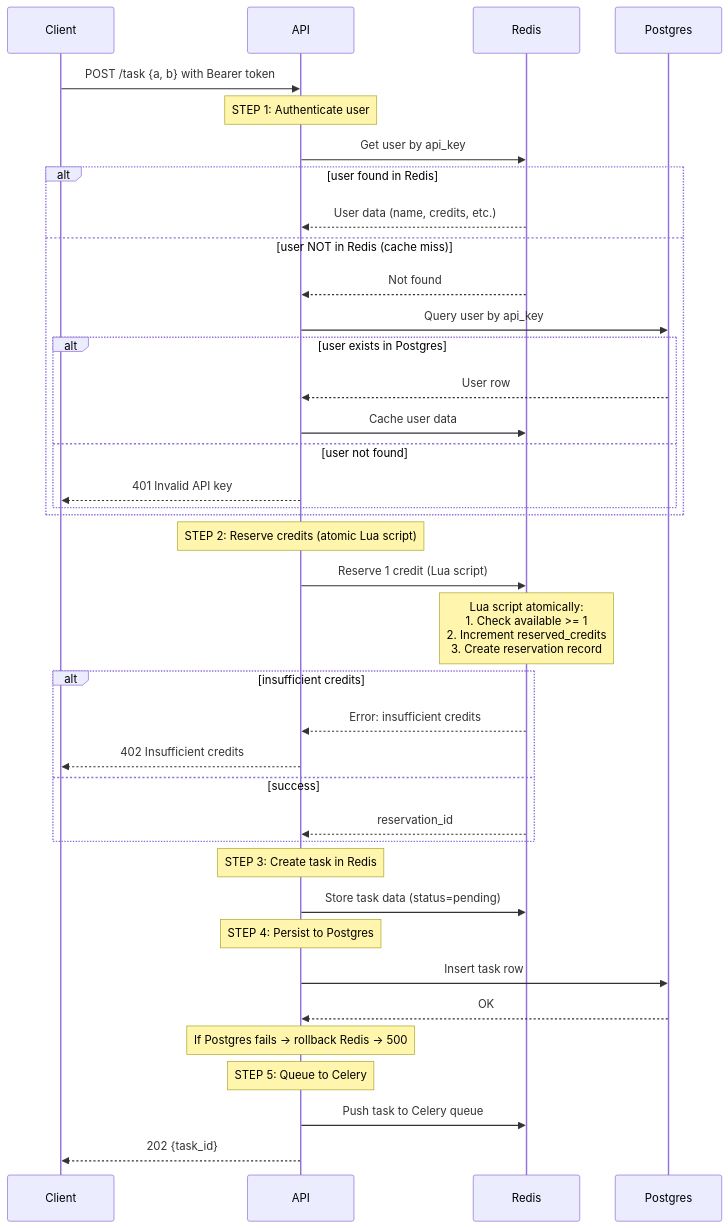
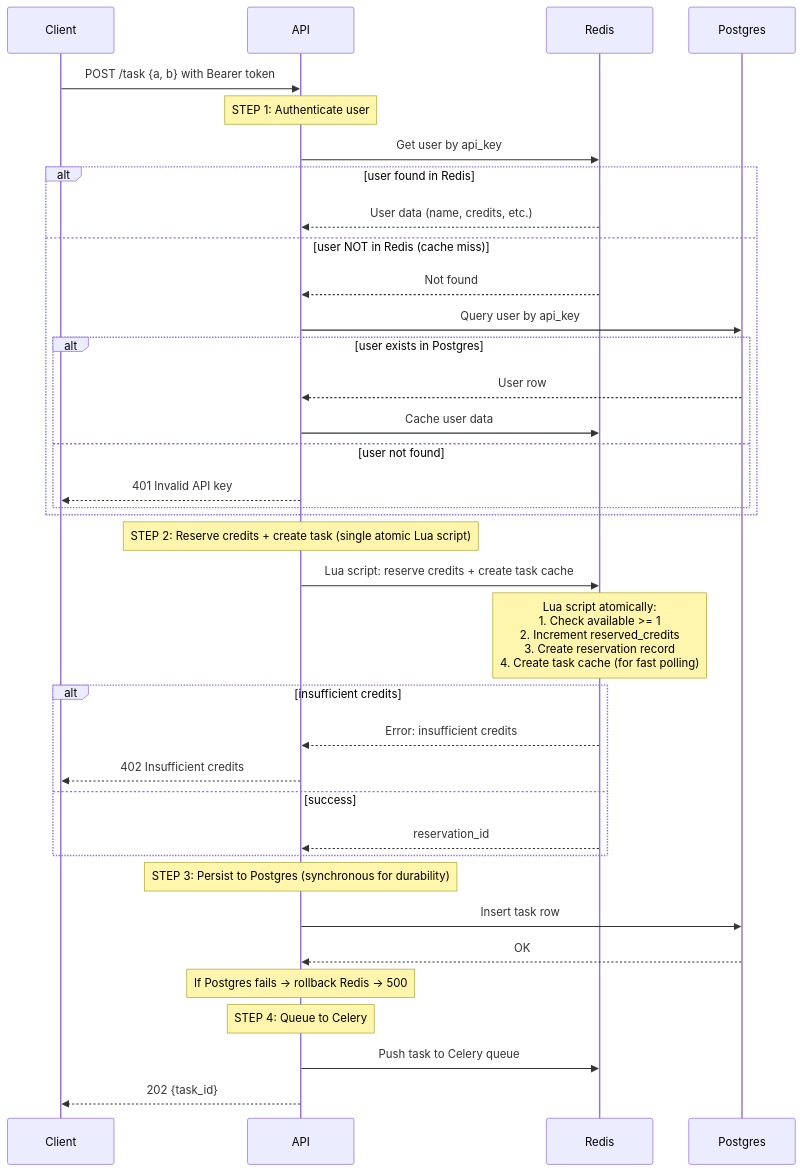
Before and after one commit to aregmii/celery-api-quickstart: the first of 4 diagrams in README.md, drawn with Mermaid. The commit also changed other lines of this file and 2 other files, not shown here.

Commit message:
optimizations and update sequence diagram

````diff
--- a/README.md
+++ b/README.md
@@ -184,56 +184,52 @@
 ```mermaid
 sequenceDiagram
     participant Client
     participant API
     participant Redis
     participant Postgres
 
     Client->>API: POST /task {a, b} with Bearer token
 
     Note over API: STEP 1: Authenticate user
 
     API->>Redis: Get user by api_key
 
     alt user found in Redis
         Redis-->>API: User data (name, credits, etc.)
     else user NOT in Redis (cache miss)
         Redis-->>API: Not found
         API->>Postgres: Query user by api_key
         alt user exists in Postgres
             Postgres-->>API: User row
             API->>Redis: Cache user data
         else user not found
             API-->>Client: 401 Invalid API key
         end
     end
 
-    Note over API: STEP 2: Reserve credits (atomic Lua script)
+    Note over API: STEP 2: Reserve credits + create task (single atomic Lua script)
 
-    API->>Redis: Reserve 1 credit (Lua script)
+    API->>Redis: Lua script: reserve credits + create task cache
 
-    Note over Redis: Lua script atomically:<br/>1. Check available >= 1<br/>2. Increment reserved_credits<br/>3. Create reservation record
+    Note over Redis: Lua script atomically:<br/>1. Check available >= 1<br/>2. Increment reserved_credits<br/>3. Create reservation record<br/>4. Create task cache (for fast polling)
 
     alt insufficient credits
         Redis-->>API: Error: insufficient credits
         API-->>Client: 402 Insufficient credits
     else success
         Redis-->>API: reservation_id
     end
 
-    Note over API: STEP 3: Create task in Redis
-
-    API->>Redis: Store task data (status=pending)
-
-    Note over API: STEP 4: Persist to Postgres
+    Note over API: STEP 3: Persist to Postgres (synchronous for durability)
 
     API->>Postgres: Insert task row
     Postgres-->>API: OK
 
     Note over API: If Postgres fails → rollback Redis → 500
 
-    Note over API: STEP 5: Queue to Celery
+    Note over API: STEP 4: Queue to Celery
 
     API->>Redis: Push task to Celery queue
 
     API-->>Client: 202 {task_id}
 ```
````
